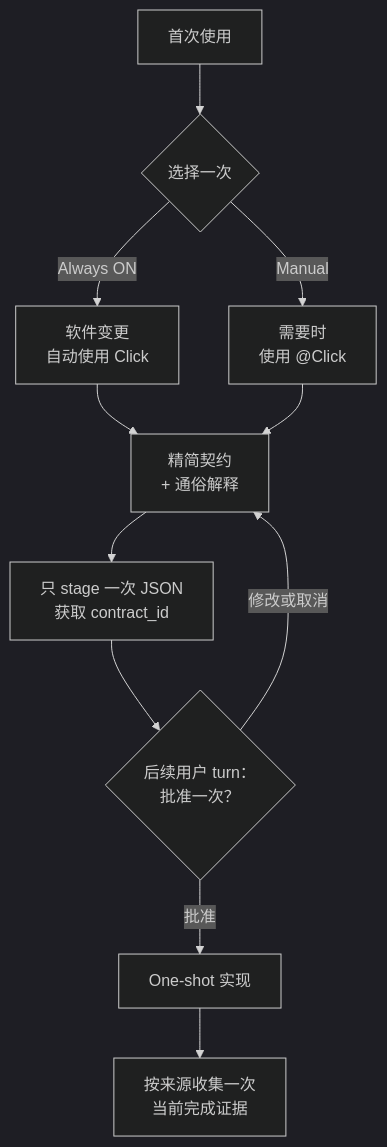
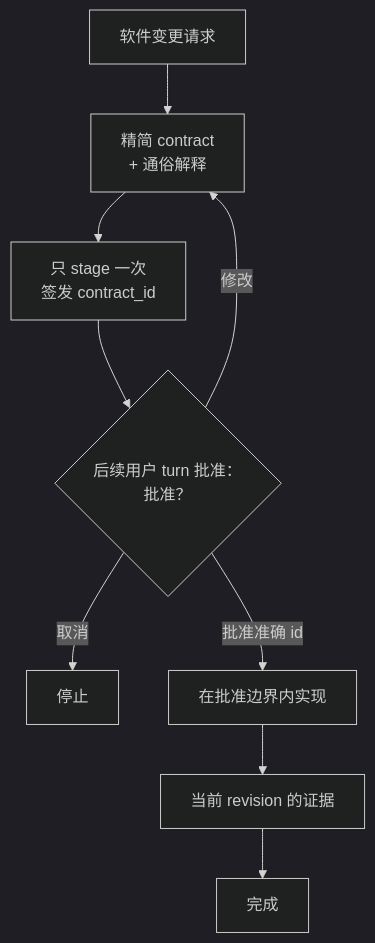
One commit to grapefruit0205/build-brief changed the diagram in README.zh-CN.md. Above: the diagram before and after it, drawn with Mermaid (dark theme). The commit also changed other lines of this file and 4 other files, not shown here.

````diff
--- a/README.zh-CN.md
+++ b/README.zh-CN.md
@@ -102,13 +100,11 @@
 ```mermaid
 flowchart TB
-    A["首次使用"] --> B{"选择一次"}
-    B -->|Always ON| C["软件变更<br/>自动使用 Click"]
-    B -->|Manual| D["需要时<br/>使用 @Click"]
-    C --> E["精简契约<br/>+ 通俗解释"]
-    D --> E
-    E --> F["只 stage 一次 JSON<br/>获取 contract_id"]
-    F --> I{"后续用户 turn：<br/>批准一次？"}
-    I -->|修改或取消| E
-    I -->|批准| G["One-shot 实现"]
-    G --> H["按来源收集一次<br/>当前完成证据"]
+    A["软件变更请求"] --> B["精简 contract<br/>+ 通俗解释"]
+    B --> C["只 stage 一次<br/>签发 contract_id"]
+    C --> D{"后续用户 turn 批准：<br/>批准？"}
+    D -->|修改| B
+    D -->|取消| X["停止"]
+    D -->|批准准确 id| E["在批准边界内实现"]
+    E --> F["当前 revision 的证据"]
+    F --> G["完成"]
 ```
````
